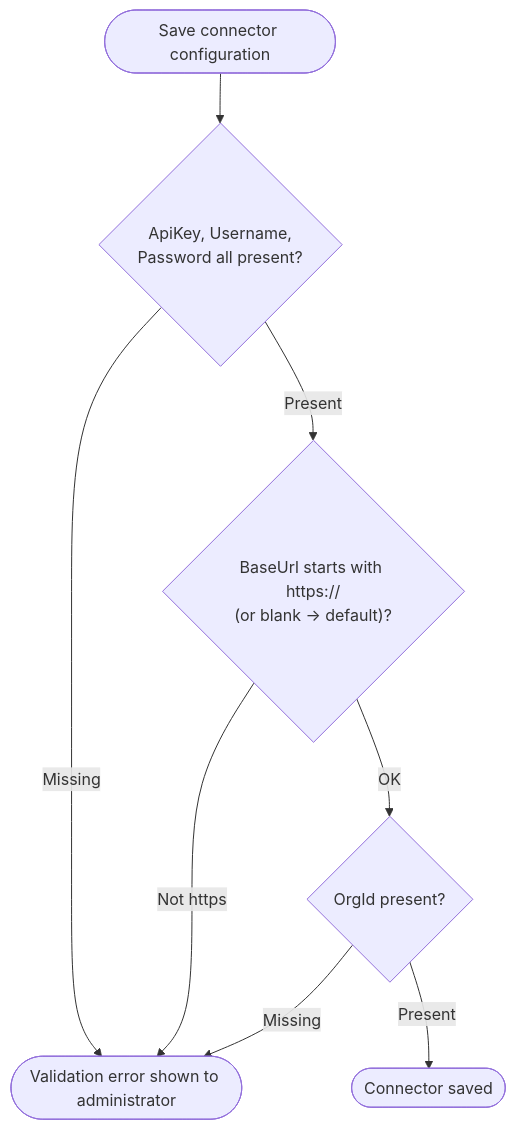
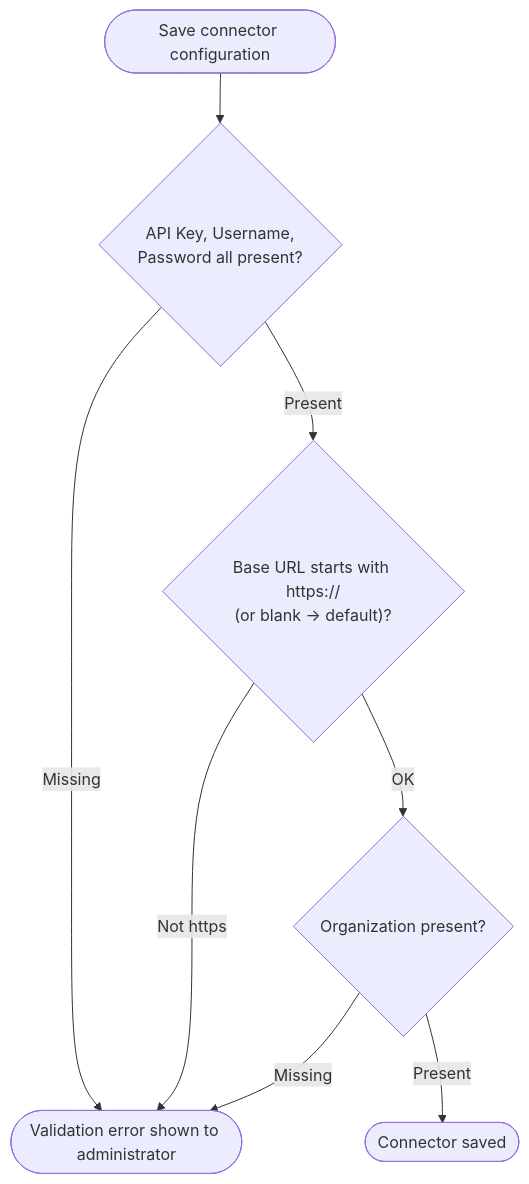
Before and after one commit to Keyfactor/markmonitor-caplugin: the fourth of 4 diagrams in README.md, drawn with Mermaid. The commit also changed other lines of this file and 16 other files, not shown here.

````diff
--- a/README.md
+++ b/README.md
@@ -513,10 +378,10 @@
 ```mermaid
 flowchart TD
-    A([Save connector configuration]) --> B{"ApiKey, Username,<br/>Password all present?"}
+    A([Save connector configuration]) --> B{"API Key, Username,<br/>Password all present?"}
     B -- Missing --> E([Validation error shown to administrator])
-    B -- Present --> C{"BaseUrl starts with https://<br/>(or blank → default)?"}
+    B -- Present --> C{"Base URL starts with https://<br/>(or blank → default)?"}
     C -- Not https --> E
-    C -- OK --> D{"OrgId present?"}
+    C -- OK --> D{"Organization present?"}
     D -- Missing --> E
     D -- Present --> F([Connector saved])
 ```
````
